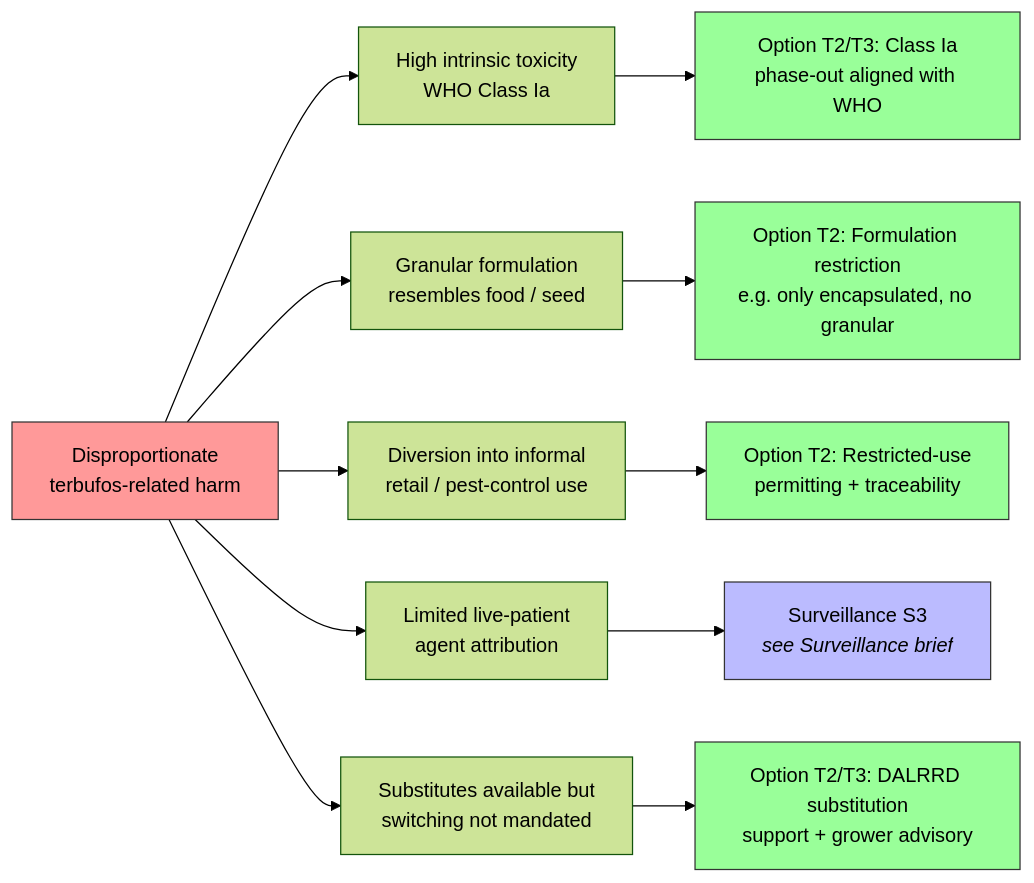
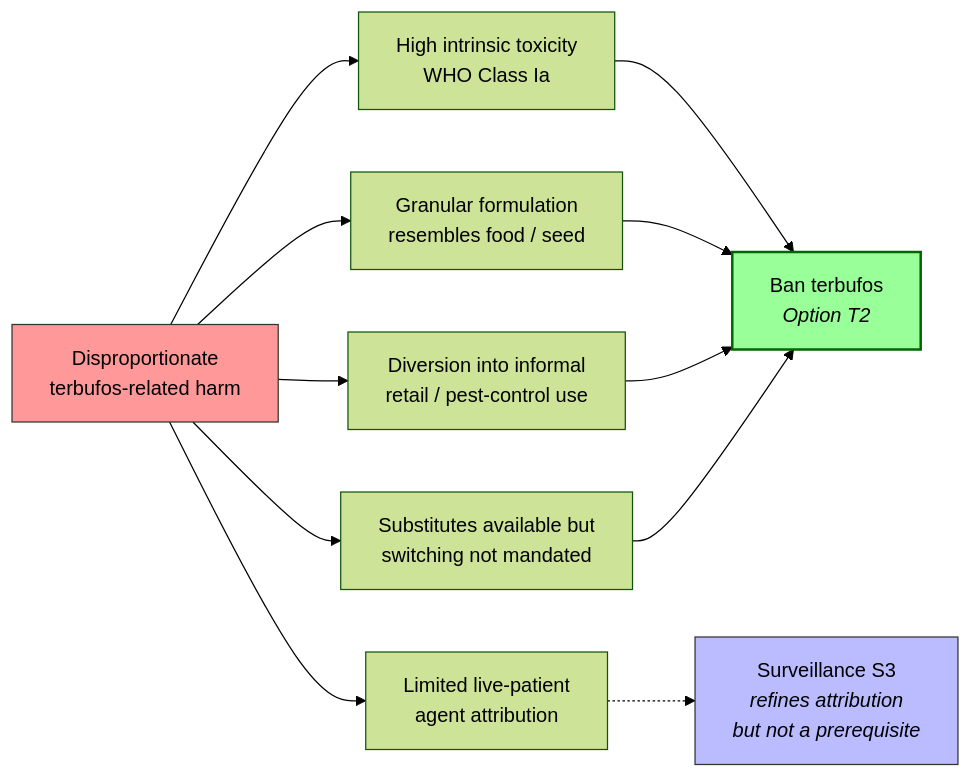
The diagram in posts/terbufos_policy.qmd (bridaybrummer/D2P_project), drawn with Mermaid (forest theme) before and after one commit. The commit also changed other lines of this file and 3 other files, not shown here.

Commit message:
Simplified terbufos brief: 2 options (T1 status quo vs T2 ban), 2-node decision tree, root-cause fishbone funnels to ban, concise yield-impact paragraph + closed-form derivation in technical appendix C §6.

````diff
--- a/posts/terbufos_policy.qmd
+++ b/posts/terbufos_policy.qmd
@@ -94,23 +68,20 @@
 ```{mermaid}
 %%| label: fig-terb-fishbone
-%%| fig-cap: "Root causes that make terbufos a disproportionate public-health hazard in South Africa."
+%%| fig-cap: "Root causes that make terbufos a disproportionate public-health hazard in SA. All five drivers funnel to the same regulatory remedy — banning terbufos."
 flowchart LR
     A[Disproportionate<br/>terbufos-related harm] --> R1[High intrinsic toxicity<br/>WHO Class Ia]
     A --> R2[Granular formulation<br/>resembles food / seed]
     A --> R3[Diversion into informal<br/>retail / pest-control use]
     A --> R4[Limited live-patient<br/>agent attribution]
     A --> R5[Substitutes available but<br/>switching not mandated]
 
-    R1 --> O1[Option T2/T3: Class Ia<br/>phase-out aligned with WHO]
-    R2 --> O2[Option T2: Formulation restriction<br/>e.g. only encapsulated, no granular]
-    R3 --> O3[Option T2: Restricted-use<br/>permitting + traceability]
-    R4 --> O4[Surveillance S3<br/><i>see Surveillance brief</i>]
-    R5 --> O5[Option T2/T3: DALRRD substitution<br/>support + grower advisory]
+    R1 --> BAN[Ban terbufos<br/><i>Option T2</i>]:::ban
+    R2 --> BAN
+    R3 --> BAN
+    R5 --> BAN
+    R4 -.-> S3[Surveillance S3<br/><i>refines attribution<br/>but not a prerequisite</i>]:::aux
 
+    classDef ban fill:#9f9,stroke:#060,stroke-width:2px
+    classDef aux fill:#bbf,stroke:#333
     style A fill:#f99,stroke:#333
-    style O1 fill:#9f9,stroke:#333
-    style O2 fill:#9f9,stroke:#333
-    style O3 fill:#9f9,stroke:#333
-    style O4 fill:#bbf,stroke:#333
-    style O5 fill:#9f9,stroke:#333
 ```
````
